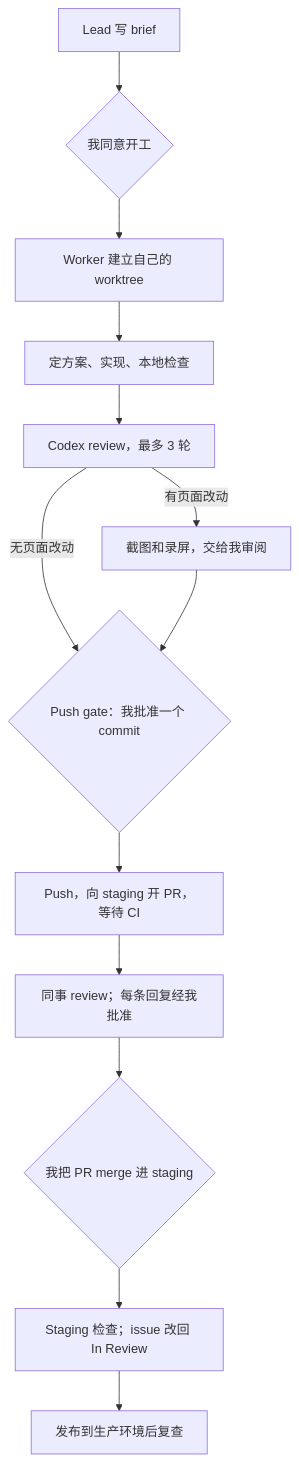
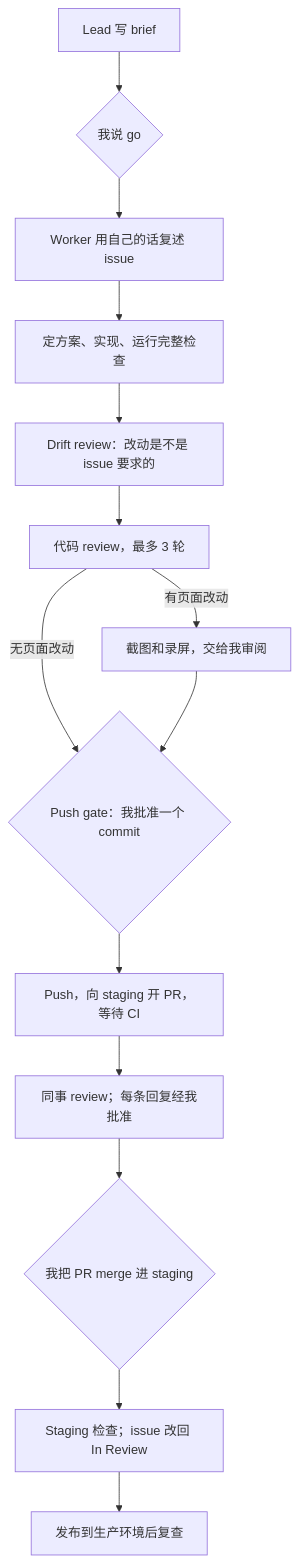
The first of 2 diagrams in docs/zh-CN/04-agent-workflow.md (RankaiHQ/rankai-ai-workbook), drawn with Mermaid before and after one commit. The commit also changed other lines of this file and 4 other files, not shown here.

First line of the commit message:
Rewrite chapter 4 against agent-flow as of 13 November

````diff
--- a/docs/zh-CN/04-agent-workflow.md
+++ b/docs/zh-CN/04-agent-workflow.md
@@ -40,15 +41,16 @@
 ```mermaid
 flowchart TD
-    A[Lead 写 brief] --> B{我同意开工}
-    B --> C[Worker 建立自己的 worktree]
-    C --> D[定方案、实现、本地检查]
-    D --> E[Codex review，最多 3 轮]
-    E -->|有页面改动| F[截图和录屏，交给我审阅]
-    E -->|无页面改动| G
-    F --> G{Push gate：我批准一个 commit}
-    G --> H[Push，向 staging 开 PR，等待 CI]
-    H --> I[同事 review；每条回复经我批准]
-    I --> J{我把 PR merge 进 staging}
-    J --> K[Staging 检查；issue 改回 In Review]
-    K --> L[发布到生产环境后复查]
+    A[Lead 写 brief] --> B{我说 go}
+    B --> C[Worker 用自己的话复述 issue]
+    C --> D[定方案、实现、运行完整检查]
+    D --> E[Drift review：改动是不是 issue 要求的]
+    E --> F[代码 review，最多 3 轮]
+    F -->|有页面改动| G[截图和录屏，交给我审阅]
+    F -->|无页面改动| H
+    G --> H{Push gate：我批准一个 commit}
+    H --> I[Push，向 staging 开 PR，等待 CI]
+    I --> J[同事 review；每条回复经我批准]
+    J --> K{我把 PR merge 进 staging}
+    K --> L[Staging 检查；issue 改回 In Review]
+    L --> M[发布到生产环境后复查]
 ```
````
